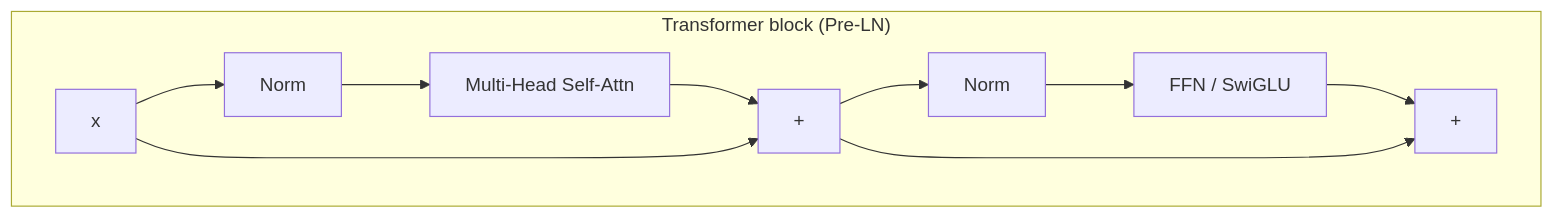
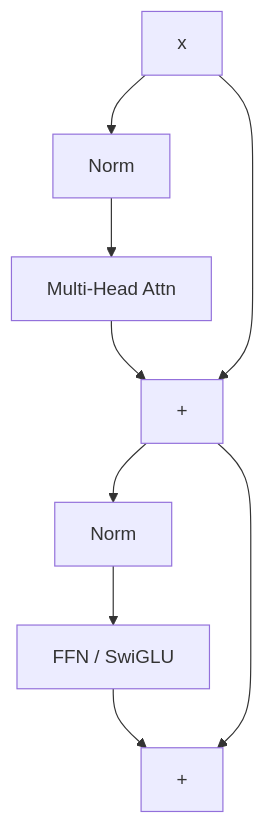
Before and after one commit to beomyoung-kim/ml_study: the second of 3 diagrams in content/foundations/architectures.ko.md, drawn with Mermaid. The commit also changed other lines of this file and 8 other files, not shown here.

First line of the commit message:
Architectures deep-dive, loss theory (CE vs KL/L1L2), visual explainers

````diff
--- a/content/foundations/architectures.ko.md
+++ b/content/foundations/architectures.ko.md
@@ -75,13 +240,11 @@
 ```mermaid
 flowchart TB
-  subgraph block ["Transformer block (Pre-LN)"]
-    X[x] --> N1[Norm]
-    N1 --> A[Multi-Head Self-Attn]
-    A --> S1[+]
-    X --> S1
-    S1 --> N2[Norm]
-    N2 --> F[FFN / SwiGLU]
-    F --> S2[+]
-    S1 --> S2
-  end
+  X[x] --> N1[Norm]
+  N1 --> A[Multi-Head Attn]
+  A --> S1[+]
+  X --> S1
+  S1 --> N2[Norm]
+  N2 --> F[FFN / SwiGLU]
+  F --> S2[+]
+  S1 --> S2
 ```
````
